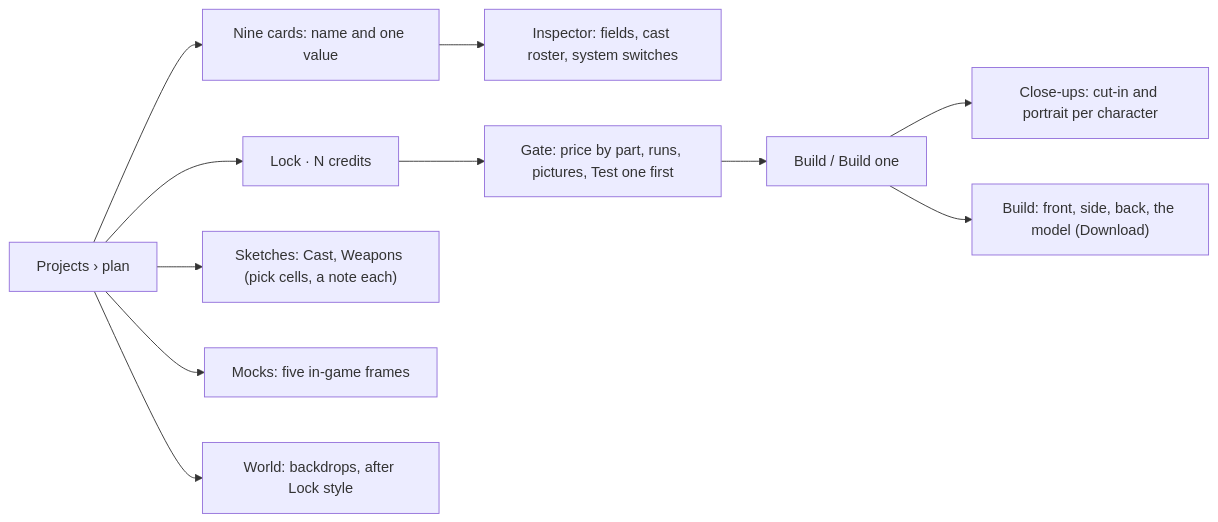
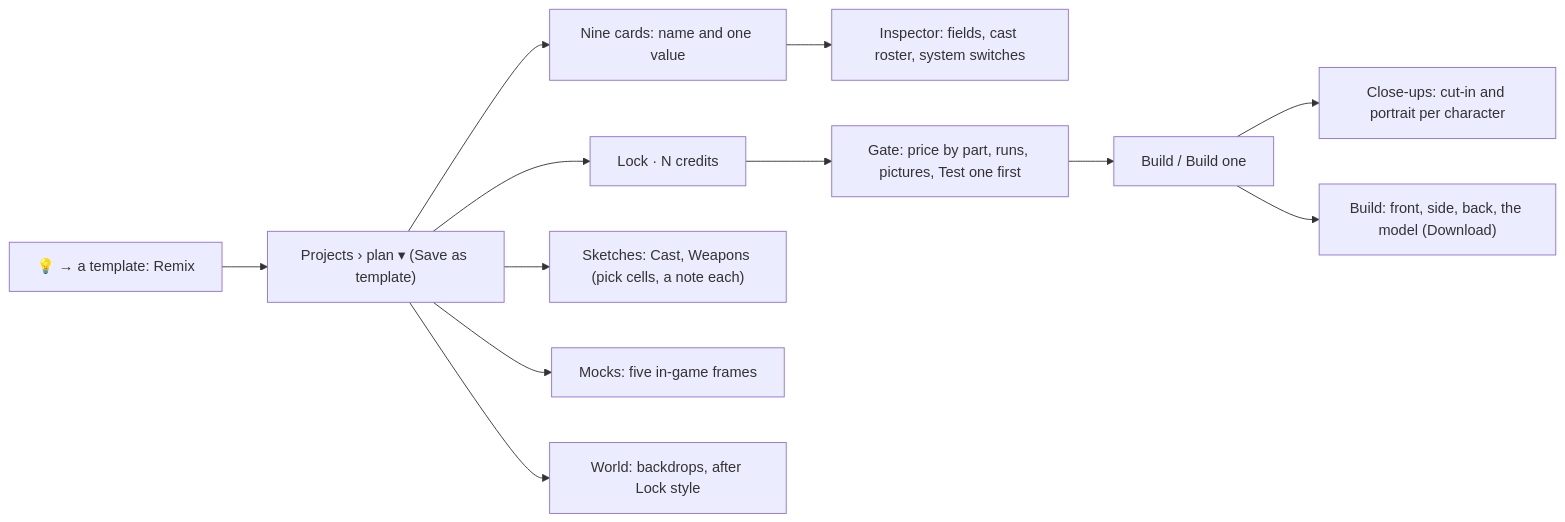
One commit to Pukujan/swarm-studio changed the sixth of 25 diagrams in docs/ux/SITEMAP.md. Above: the diagram before and after it, drawn with Mermaid. The commit also changed 10 other files, not shown here.

First line of the commit message:
Plan remix: ARES as a template, save and remix plans (spec 21, part e)

````diff
--- a/docs/ux/SITEMAP.md
+++ b/docs/ux/SITEMAP.md
@@ -176,13 +176,14 @@
 ```mermaid
 flowchart LR
-  PB["Projects › plan"] --> CARDS["Nine cards: name and one value"]
+  TPL["💡 → a template: Remix"] --> PB
+  PB["Projects › plan ▾ (Save as template)"] --> CARDS["Nine cards: name and one value"]
   CARDS --> INS["Inspector: fields, cast roster, system switches"]
   PB --> LOCK["Lock · N credits"]
   LOCK --> GATE["Gate: price by part, runs, pictures, Test one first"]
   GATE --> BUILD["Build / Build one"]
   PB --> SK["Sketches: Cast, Weapons (pick cells, a note each)"]
   PB --> MK["Mocks: five in-game frames"]
   PB --> WD["World: backdrops, after Lock style"]
   BUILD --> CU["Close-ups: cut-in and portrait per character"]
   BUILD --> BV["Build: front, side, back, the model (Download)"]
 ```
````
